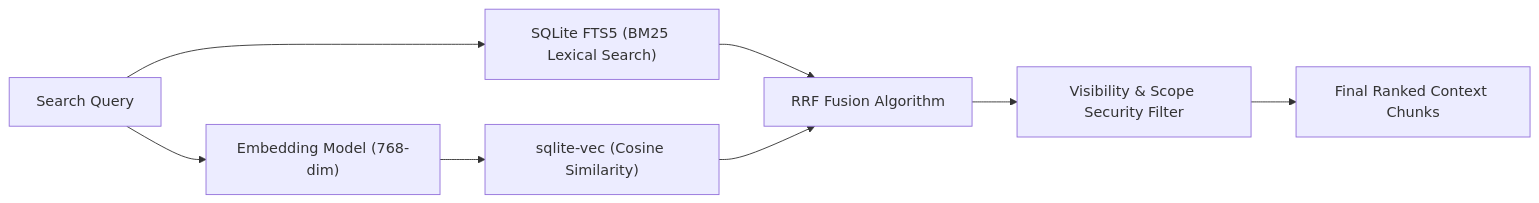
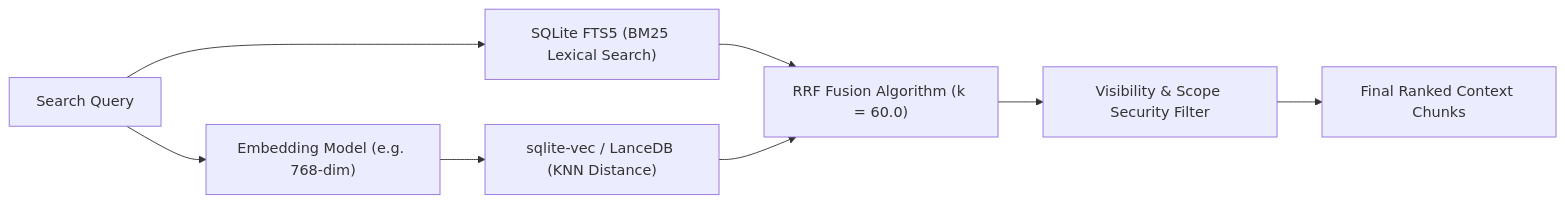
Before and after one commit to abhayzangir1/trans4mer: the fifth of 8 diagrams in docs/ARCHITECTURE.md, drawn with Mermaid. The commit also changed other lines of this file and 8 other files, not shown here.

Commit message:
docs: reverse-engineer comprehensive PRD, TRD, master architecture and 5 granular subsystem specifications

````diff
--- a/docs/ARCHITECTURE.md
+++ b/docs/ARCHITECTURE.md
@@ -320,10 +184,10 @@
 ```mermaid
 flowchart LR
     Query["Search Query"] --> FTS["SQLite FTS5 (BM25 Lexical Search)"]
-    Query --> Embed["Embedding Model (768-dim)"]
-    Embed --> Vec["sqlite-vec (Cosine Similarity)"]
-    FTS --> RRF["RRF Fusion Algorithm"]
+    Query --> Embed["Embedding Model (e.g. 768-dim)"]
+    Embed --> Vec["sqlite-vec / LanceDB (KNN Distance)"]
+    FTS --> RRF["RRF Fusion Algorithm (k = 60.0)"]
     Vec --> RRF
     RRF --> Filter["Visibility & Scope Security Filter"]
     Filter --> Results["Final Ranked Context Chunks"]
 ```
````
